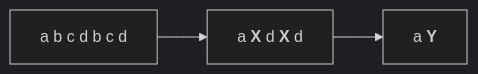
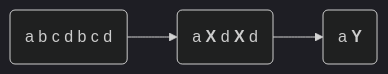
Before and after one commit to ChrisZhu2050/chriszhu2050.github.io: the ninth of 16 diagrams in index.md, drawn with Mermaid (dark theme). The commit also changed other lines of this file, not shown here.

````diff
--- a/index.md
+++ b/index.md
@@ -300,4 +300,4 @@
         ```mermaid
           graph LR
-              A[a b c d b c d] --> B["`a **X** d **X** d`"] --> C["`a **Y**`"]
+              A(a b c d b c d) --> B("`a **X** d **X** d`") --> C("`a **Y**`")
         ```
````
